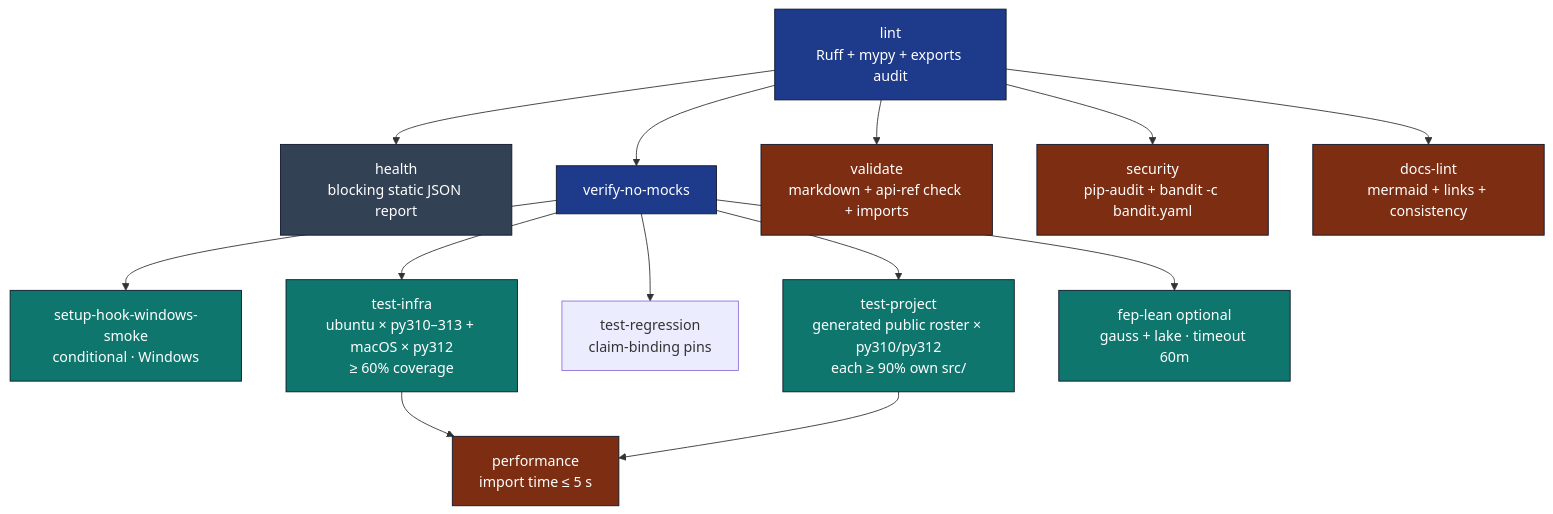
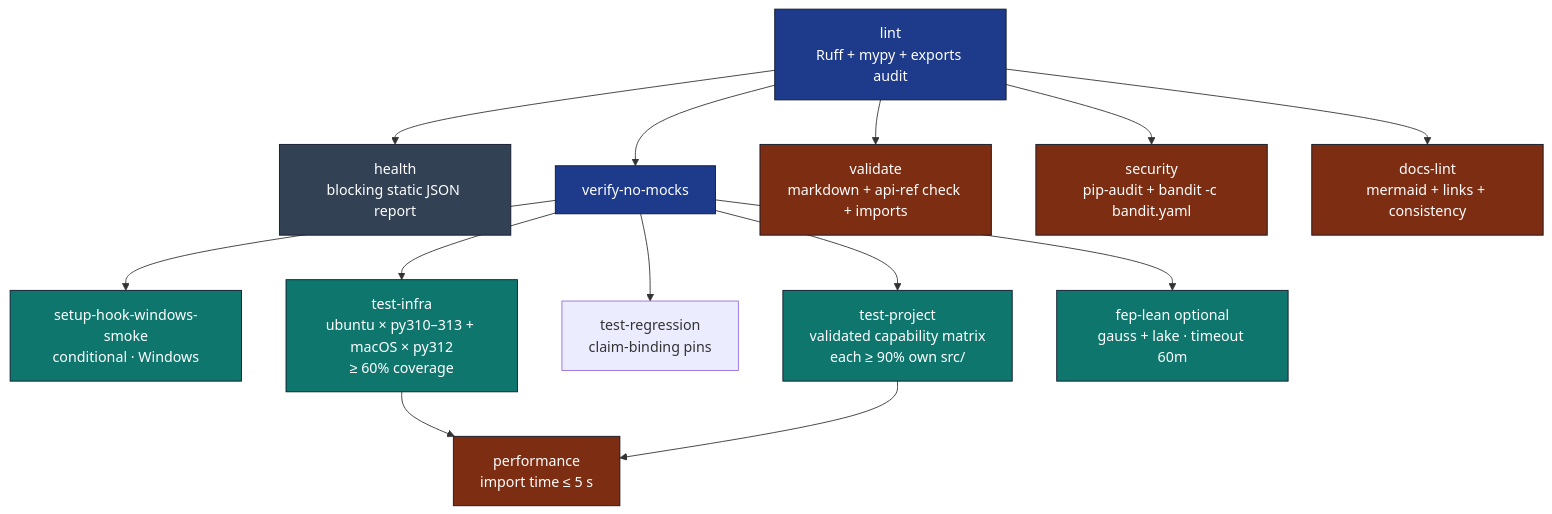
One commit to docxology/template changed the diagram in .github/workflows/README.md. Above: the diagram before and after it, drawn with Mermaid. The commit also changed other lines of this file and 63 other files, not shown here.

First line of the commit message:
RENDERED-PROVENANCE-1 + PUBLIC-CAPABILITY-PARITY-1 + Mahakala review + TO-DO cleanup

````diff
--- a/.github/workflows/README.md
+++ b/.github/workflows/README.md
@@ -22,24 +22,24 @@
 ```mermaid
 flowchart TB
     LINT[lint<br/>Ruff + mypy + exports audit] --> HEALTH[health<br/>blocking static JSON report]
     LINT --> VNM[verify-no-mocks]
     LINT --> VAL[validate<br/>markdown + api-ref check + imports]
     LINT --> SEC[security<br/>pip-audit + bandit -c bandit.yaml]
     LINT --> DL[docs-lint<br/>mermaid + links + consistency]
     VNM --> SHW[setup-hook-windows-smoke<br/>conditional · Windows]
     VNM --> TI[test-infra<br/>ubuntu × py310–313 + macOS × py312<br/>≥ 60% coverage]
     VNM --> TR[test-regression<br/>claim-binding pins]
-    VNM --> TP[test-project<br/>generated public roster × py310/py312<br/>each ≥ 90% own src/]
+    VNM --> TP[test-project<br/>validated capability matrix<br/>each ≥ 90% own src/]
     VNM --> FL[fep-lean optional<br/>gauss + lake · timeout 60m]
     TI --> PERF[performance<br/>import time ≤ 5 s]
     TP --> PERF
 
     classDef gate fill:#1e3a8a,stroke:#0f172a,color:#fff
     classDef matrix fill:#0f766e,stroke:#0f172a,color:#fff
     classDef terminal fill:#7c2d12,stroke:#0f172a,color:#fff
     classDef info fill:#334155,stroke:#0f172a,color:#fff
     class LINT,VNM gate
     class TI,TP,FL,SHW matrix
     class VAL,SEC,DL,PERF terminal
     class HEALTH info
 ```
````
